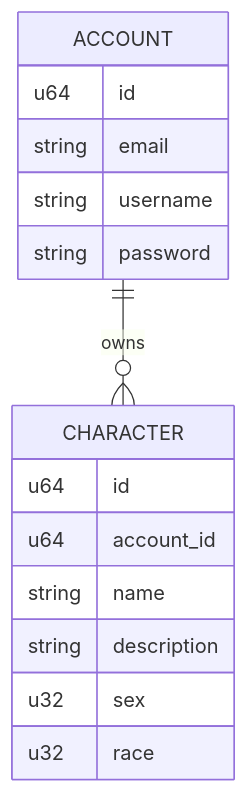
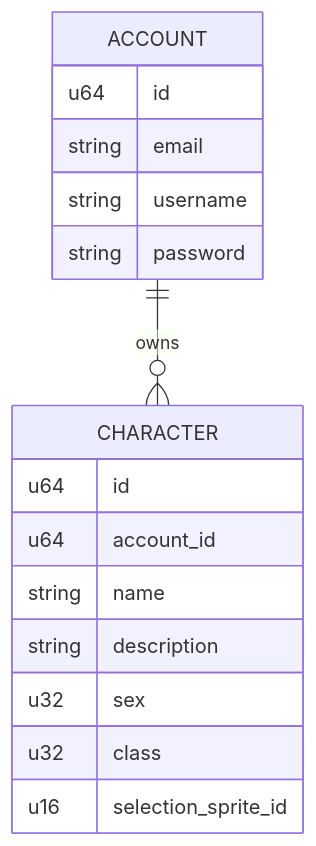
One commit to engineerjames/men-among-gods-reforged changed the second of 7 diagrams in api/README.md. Above: the diagram before and after it, drawn with Mermaid. The commit also changed other lines of this file and 9 other files, not shown here.

````diff
--- a/api/README.md
+++ b/api/README.md
@@ -139,20 +139,21 @@
 ```mermaid
 erDiagram
     ACCOUNT ||--o{ CHARACTER : owns
 
     ACCOUNT {
         u64 id
         string email
         string username
         string password
     }
 
     CHARACTER {
         u64 id
         u64 account_id
         string name
         string description
         u32 sex
-        u32 race
+        u32 class
+        u16 selection_sprite_id
     }
 ```
````
